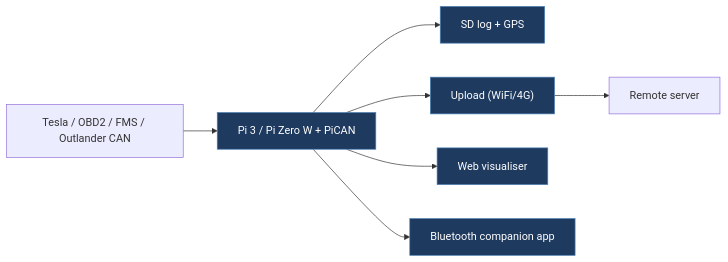
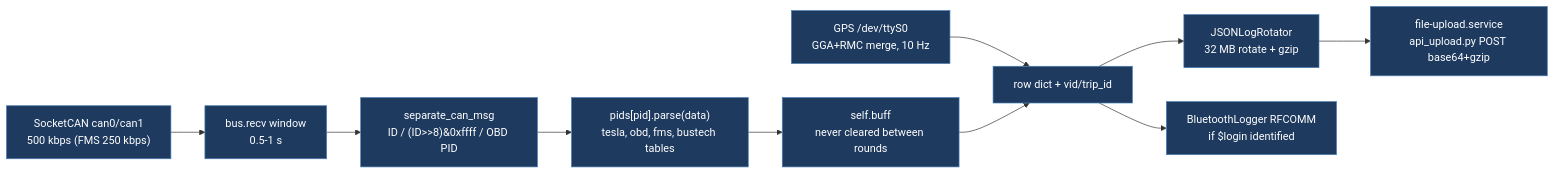
The first of 5 diagrams in docs/legacy/JonnoFTW-rpi-can-logger.md (babico/TeslaCANModder), drawn with Mermaid before and after one commit. The commit also changed other lines of this file and 99 other files, not shown here.

````diff
--- a/docs/legacy/JonnoFTW-rpi-can-logger.md
+++ b/docs/legacy/JonnoFTW-rpi-can-logger.md
@@ -26,11 +157,14 @@
 ```mermaid
 flowchart LR
-    Car["Tesla / OBD2 / FMS / Outlander CAN"] --> Pi["Pi 3 / Pi Zero W + PiCAN"]
-    Pi --> Log["SD log + GPS"]
-    Pi --> Up["Upload (WiFi/4G)"]
-    Up --> Srv["Remote server"]
-    Pi --> Web["Web visualiser"]
-    Pi --> BT["Bluetooth companion app"]
-    classDef path fill:#1e3a5f,stroke:#4a7fb5,color:#fff
-    class Pi,Log,Up,Web,BT path
+    Bus["SocketCAN can0/can1<br/>500 kbps (FMS 250 kbps)"] --> Recv["bus.recv window<br/>0.5-1 s"]
+    Recv --> Sep["separate_can_msg<br/>ID / (ID>>8)&0xffff / OBD PID"]
+    Sep --> Parse["pids[pid].parse(data)<br/>tesla, obd, fms, bustech tables"]
+    Parse --> Buff["self.buff<br/>never cleared between rounds"]
+    GPS["GPS /dev/ttyS0<br/>GGA+RMC merge, 10 Hz"] --> Row
+    Buff --> Row["row dict + vid/trip_id"]
+    Row --> Rot["JSONLogRotator<br/>32 MB rotate + gzip"]
+    Row --> BT["BluetoothLogger RFCOMM<br/>if $login identified"]
+    Rot --> Up["file-upload.service<br/>api_upload.py POST base64+gzip"]
+    classDef passive fill:#1e3a5f,stroke:#4a7fb5,color:#fff
+    class Bus,Recv,Sep,Parse,Buff,GPS,Row,Rot,BT,Up passive
 ```
````
